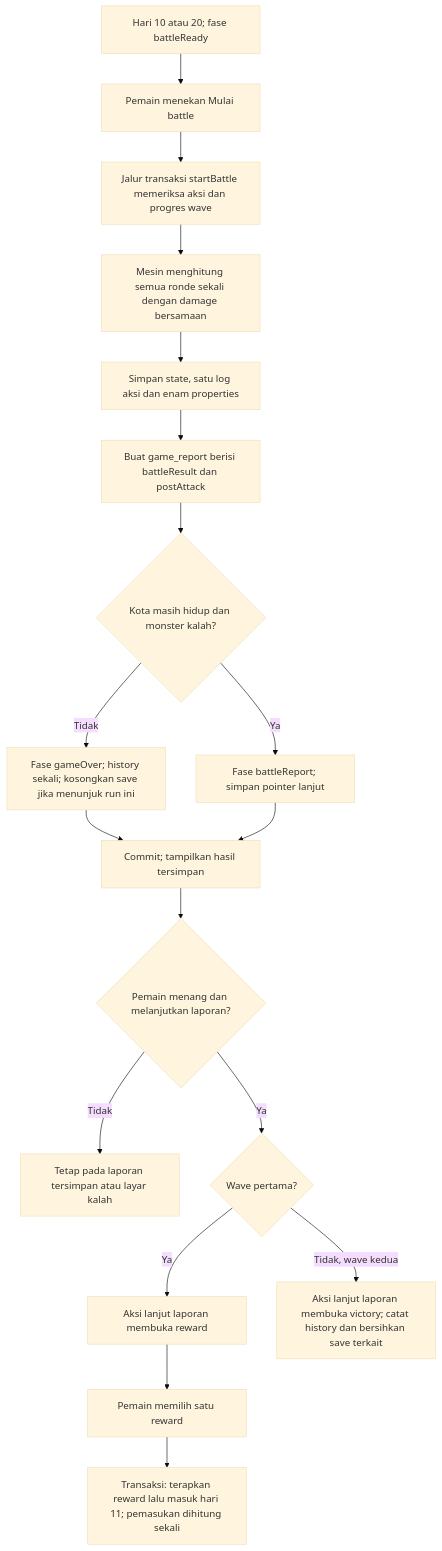
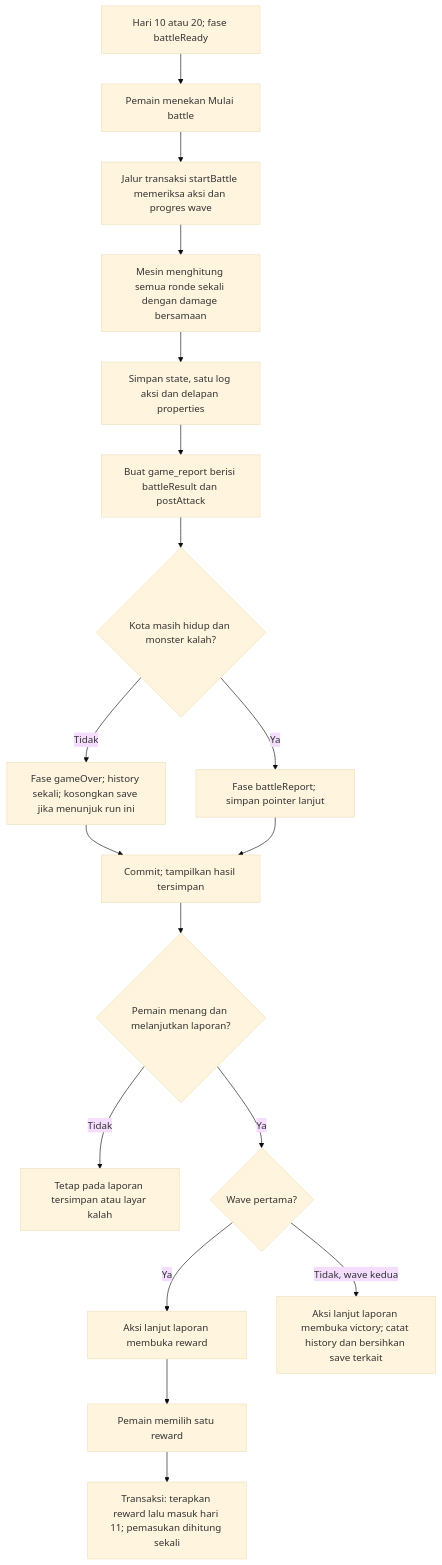
The fourth of 6 diagrams in docs/database/FLOW_DATABASE.md (Three-Musketeers-Hacktiv/Final-Project), drawn with Mermaid (base theme) before and after one commit. The commit also changed other lines of this file and 7 other files, not shown here.

First line of the commit message:
feat(docs): update database documentation and schema for Fantasy City Defense

````diff
--- a/docs/database/FLOW_DATABASE.md
+++ b/docs/database/FLOW_DATABASE.md
@@ -105,20 +105,20 @@
 ```mermaid
 flowchart TD
     A[Hari 10 atau 20; fase battleReady] --> B[Pemain menekan Mulai battle]
     B --> C[Jalur transaksi startBattle memeriksa aksi dan progres wave]
     C --> D[Mesin menghitung semua ronde sekali dengan damage bersamaan]
-    D --> E[Simpan state, satu log aksi dan enam properties]
+    D --> E[Simpan state, satu log aksi dan delapan properties]
     E --> F[Buat game_report berisi battleResult dan postAttack]
     F --> G{Kota masih hidup dan monster kalah?}
     G -->|Tidak| H[Fase gameOver; history sekali; kosongkan save jika menunjuk run ini]
     G -->|Ya| I[Fase battleReport; simpan pointer lanjut]
     H --> J[Commit; tampilkan hasil tersimpan]
     I --> J
     J --> K{Pemain menang dan melanjutkan laporan?}
     K -->|Tidak| L[Tetap pada laporan tersimpan atau layar kalah]
     K -->|Ya| M{Wave pertama?}
     M -->|Ya| N[Aksi lanjut laporan membuka reward]
     N --> O[Pemain memilih satu reward]
     O --> P[Transaksi: terapkan reward lalu masuk hari 11; pemasukan dihitung sekali]
     M -->|Tidak, wave kedua| Q[Aksi lanjut laporan membuka victory; catat history dan bersihkan save terkait]
 ```
````
